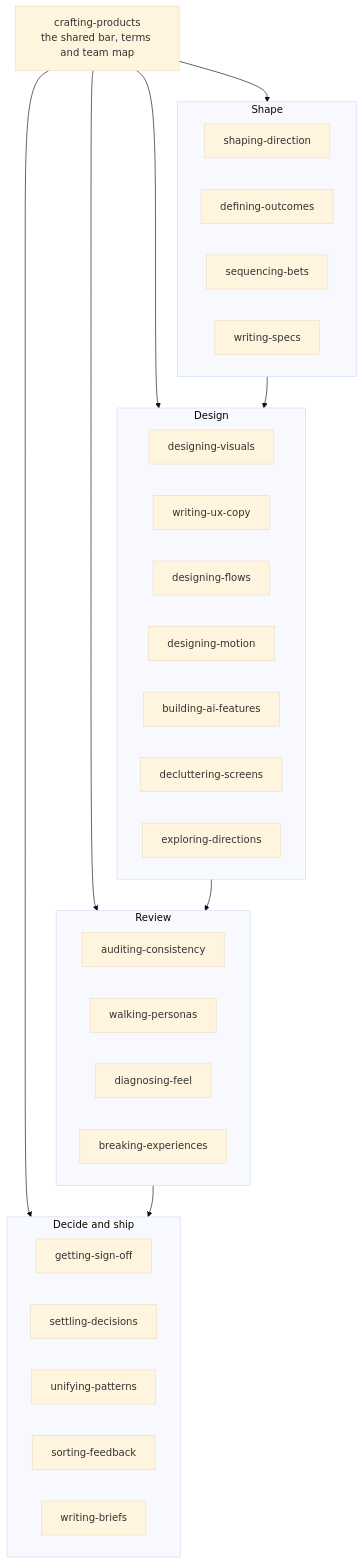
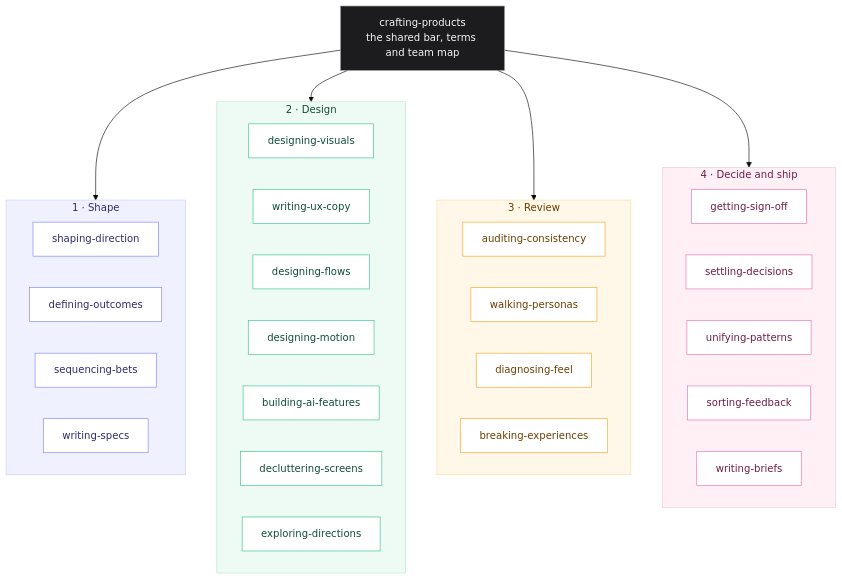
Before and after one commit to bymw/mstack: the diagram in README.md, drawn with Mermaid (base theme). The commit also changed other lines of this file, not shown here.

Commit message:
Position the README for product builders and restyle the team diagram

````diff
--- a/README.md
+++ b/README.md
@@ -33,44 +44,58 @@
 ```mermaid
 flowchart TB
     CP["crafting-products<br/>the shared bar, terms and team map"]
 
-    subgraph SHAPE [Shape]
+    subgraph SHAPE [1 · Shape]
         SD[shaping-direction]
         DO[defining-outcomes]
         SB[sequencing-bets]
         WS[writing-specs]
     end
 
-    subgraph DES [Design]
+    subgraph DES [2 · Design]
         VD[designing-visuals]
         UX[writing-ux-copy]
         FD[designing-flows]
         MS[designing-motion]
         AI[building-ai-features]
         DC[decluttering-screens]
         ED[exploring-directions]
     end
 
-    subgraph REV [Review]
+    subgraph REV [3 · Review]
         AC[auditing-consistency]
         WP[walking-personas]
         DF[diagnosing-feel]
         BE[breaking-experiences]
     end
 
-    subgraph SHIP [Decide and ship]
+    subgraph SHIP [4 · Decide and ship]
         GS[getting-sign-off]
         SE[settling-decisions]
         UP[unifying-patterns]
         SF[sorting-feedback]
         WB[writing-briefs]
     end
 
     CP --> SHAPE
     CP --> DES
     CP --> REV
     CP --> SHIP
-    SHAPE --> DES
-    DES --> REV
-    REV --> SHIP
+
+    classDef base fill:#1C1C1E,stroke:#8E8E93,color:#F5F5F7
+    classDef shape fill:#FFFFFF,stroke:#7C83FD,color:#2E2A6B
+    classDef design fill:#FFFFFF,stroke:#34C38F,color:#0F4D36
+    classDef review fill:#FFFFFF,stroke:#F5A524,color:#6B3E00
+    classDef ship fill:#FFFFFF,stroke:#EC6FA8,color:#6E1D45
+
+    class CP base
+    class SD,DO,SB,WS shape
+    class VD,UX,FD,MS,AI,DC,ED design
+    class AC,WP,DF,BE review
+    class GS,SE,UP,SF,WB ship
+
+    style SHAPE fill:#F0F1FF,stroke:#C9CCFF,color:#2E2A6B
+    style DES fill:#EEFAF4,stroke:#B8E8D2,color:#0F4D36
+    style REV fill:#FFF7E8,stroke:#F8DCA6,color:#6B3E00
+    style SHIP fill:#FFF0F6,stroke:#F6C5DB,color:#6E1D45
 ```
````
